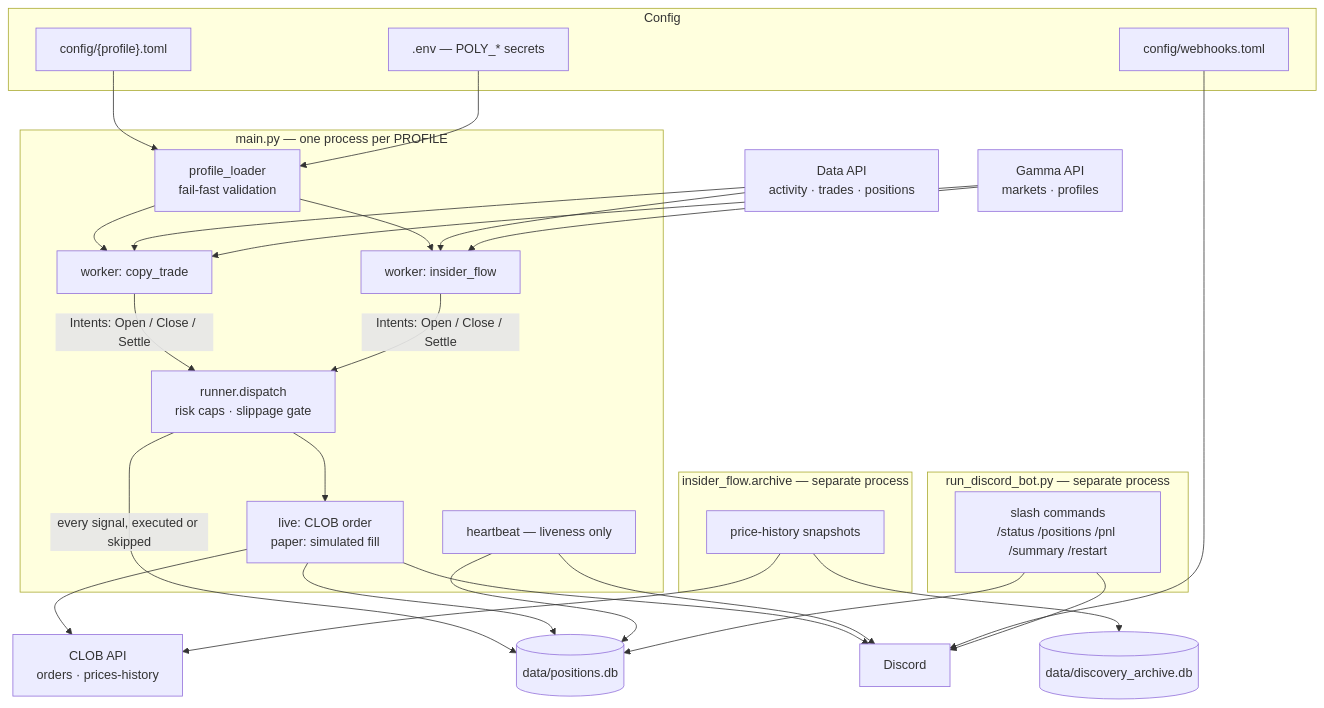
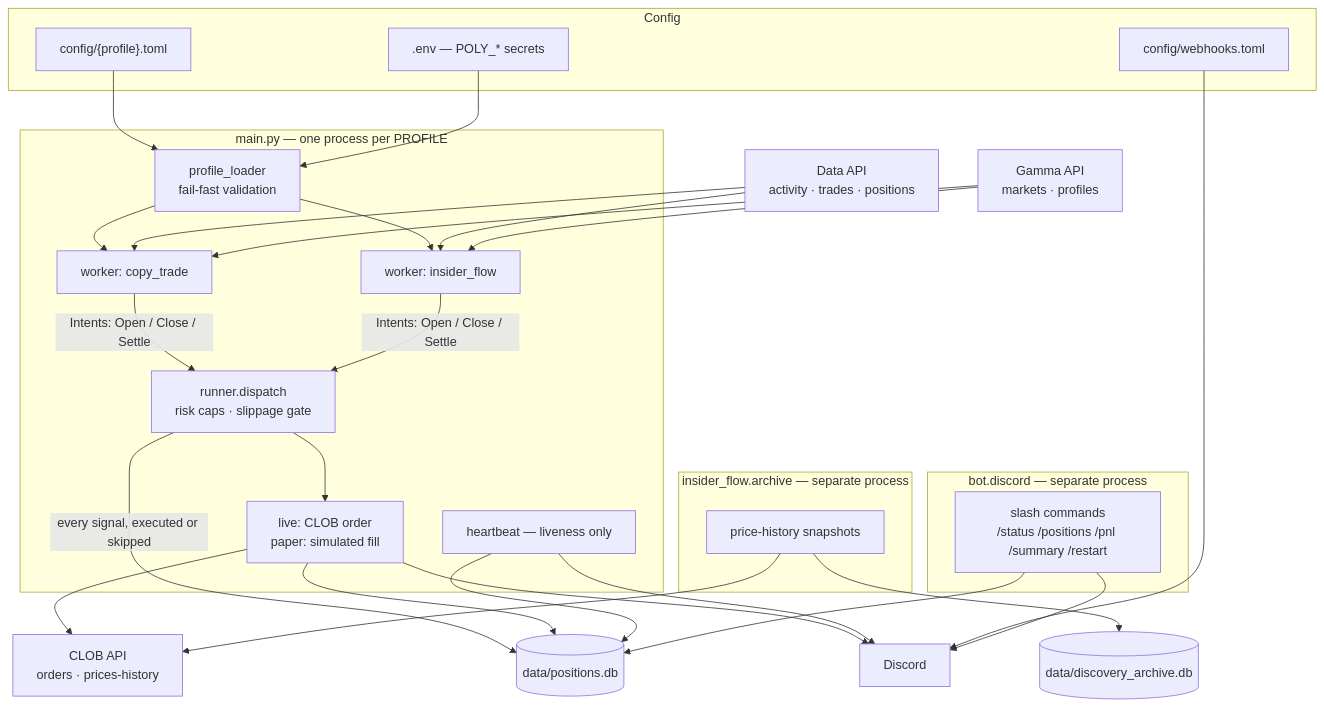
The diagram in README.md (Rampex1/Polymarket), drawn with Mermaid before and after one commit. The commit also changed other lines of this file and 3 other files, not shown here.

First line of the commit message:
refactor: scripts/run_discord_bot.py -> bot/discord/__main__.py

````diff
--- a/README.md
+++ b/README.md
@@ -14,60 +14,60 @@
 ```mermaid
 flowchart TB
     subgraph cfg["Config"]
         TOML["config/{profile}.toml"]
         WH["config/webhooks.toml"]
         ENV[".env — POLY_* secrets"]
     end
 
     subgraph trader["main.py — one process per PROFILE"]
         Loader["profile_loader<br/>fail-fast validation"]
         WA["worker: copy_trade"]
         WB["worker: insider_flow"]
         Runner["runner.dispatch<br/>risk caps · slippage gate"]
         Exec["live: CLOB order<br/>paper: simulated fill"]
         Sched["heartbeat — liveness only"]
     end
 
     subgraph archiver["insider_flow.archive — separate process"]
         Snap["price-history snapshots"]
     end
 
-    subgraph dbot["run_discord_bot.py — separate process"]
+    subgraph dbot["bot.discord — separate process"]
         Slash["slash commands<br/>/status /positions /pnl /summary /restart"]
     end
 
     Data["Data API<br/>activity · trades · positions"]
     Gamma["Gamma API<br/>markets · profiles"]
     CLOB["CLOB API<br/>orders · prices-history"]
     PDB[("data/positions.db")]
     ADB[("data/discovery_archive.db")]
     Discord["Discord"]
 
     TOML --> Loader
     ENV --> Loader
     Loader --> WA
     Loader --> WB
 
     Data --> WA
     Data --> WB
     Gamma --> WA
     Gamma --> WB
 
     WA -- "Intents: Open / Close / Settle" --> Runner
     WB -- "Intents: Open / Close / Settle" --> Runner
     Runner --> Exec
     Runner -- "every signal, executed or skipped" --> PDB
     Exec --> CLOB
     Exec --> PDB
     Exec --> Discord
 
     Sched --> PDB
     Sched --> Discord
     WH --> Discord
 
     Snap --> CLOB
     Snap --> ADB
 
     Slash --> PDB
     Slash --> Discord
 ```
````
